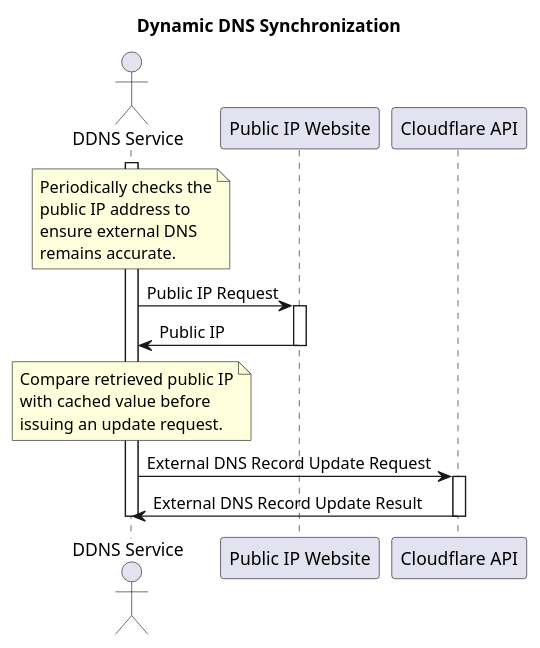
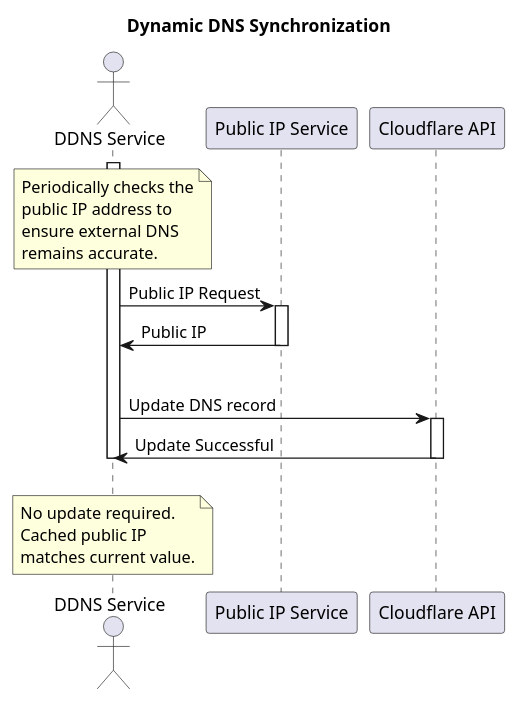
The diagram in knowledge-base/projects/ddns/diagrams/sequence1.puml (mathat13/public-files), drawn with PlantUML before and after one commit. The commit also changed 2 other files, not shown here.

```diff
--- a/knowledge-base/projects/ddns/diagrams/sequence1.puml
+++ b/knowledge-base/projects/ddns/diagrams/sequence1.puml
@@ -1,36 +1,42 @@
 @startuml
 title Dynamic DNS Synchronization
 
 actor "DDNS Service" as service
 
 note over service
 Periodically checks the
 public IP address to
 ensure external DNS
 remains accurate.
 end note
 
-participant "Public IP Website" as website
+participant "Public IP Service" as website
 participant "Cloudflare API" as api
 
 activate service
 service -> website : Public IP Request
 activate website
 
 website -> service : Public IP
 deactivate website
 
-note over service
-Compare retrieved public IP
-with cached value before
-issuing an update request.
-end note
+alt Public IP Changed
 
-service -> api : External DNS Record Update Request
-activate api
+    
+    service -> api : Update DNS record
+    activate api
 
-api -> service: External DNS Record Update Result
-deactivate api
+    api -> service: Update Successful
+    deactivate api
+
+else Public IP Unchanged
+    
+    note over service
+    No update required.
+    Cached public IP
+    matches current value.
+    end note
+
 deactivate service
 
 @enduml
```
